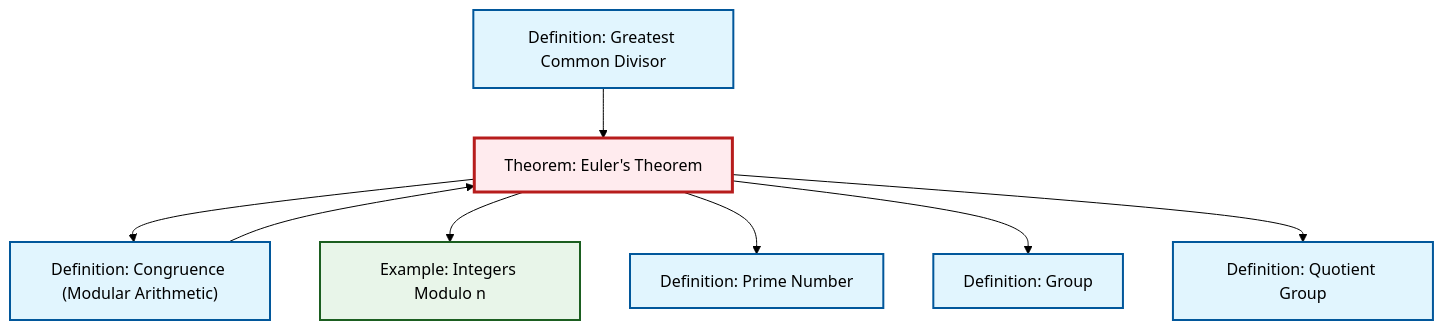
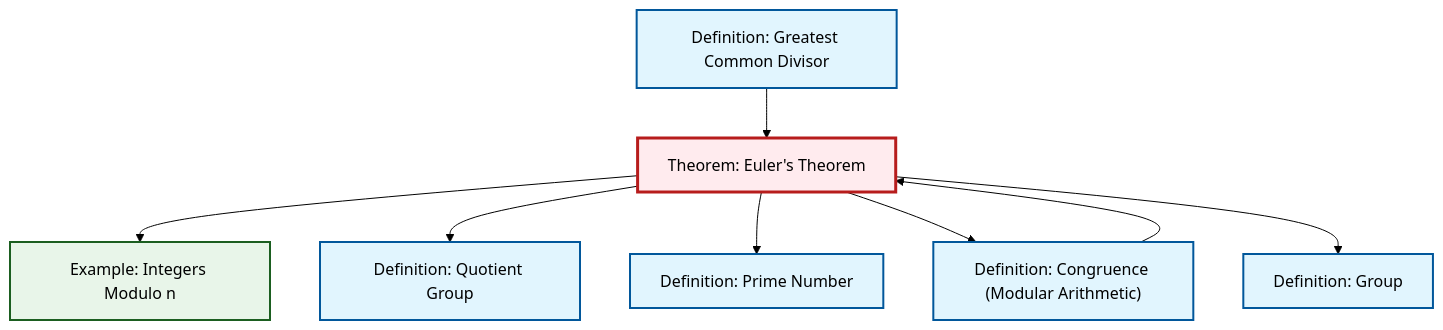
One commit to RK0429/ModernMath changed the diagram in output/mermaid/thm-euler.mermaid. Above: the diagram before and after it, drawn with Mermaid (forest theme). The commit also changed other lines of this file and 434 other files, not shown here.

```diff
--- a/output/mermaid/thm-euler.mermaid
+++ b/output/mermaid/thm-euler.mermaid
@@ -1,22 +1,22 @@
 %%| fig-cap: "Local dependency graph"
 graph TD
     classDef definition fill:#e1f5fe,stroke:#01579b,stroke-width:2px
     classDef theorem fill:#f3e5f5,stroke:#4a148c,stroke-width:2px
     classDef axiom fill:#fff3e0,stroke:#e65100,stroke-width:2px
     classDef example fill:#e8f5e9,stroke:#1b5e20,stroke-width:2px
     classDef current fill:#ffebee,stroke:#b71c1c,stroke-width:3px
+    ex-quotient-integers-mod-n["Example: Integers Modulo n"]:::example
+    def-group["Definition: Group"]:::definition
+    def-prime["Definition: Prime Number"]:::definition
+    def-quotient-group["Definition: Quotient Group"]:::definition
     def-gcd["Definition: Greatest Common Divisor"]:::definition
     thm-euler["Theorem: Euler's Theorem"]:::theorem
-    ex-quotient-integers-mod-n["Example: Integers Modulo n"]:::example
-    def-quotient-group["Definition: Quotient Group"]:::definition
-    def-group["Definition: Group"]:::definition
     def-congruence["Definition: Congruence (Modular Arithmetic)"]:::definition
-    def-prime["Definition: Prime Number"]:::definition
     def-gcd --> thm-euler
+    thm-euler --> ex-quotient-integers-mod-n
+    thm-euler --> def-quotient-group
+    thm-euler --> def-prime
     thm-euler --> def-congruence
-    thm-euler --> ex-quotient-integers-mod-n
-    thm-euler --> def-prime
     def-congruence --> thm-euler
     thm-euler --> def-group
-    thm-euler --> def-quotient-group
     class thm-euler current
```
